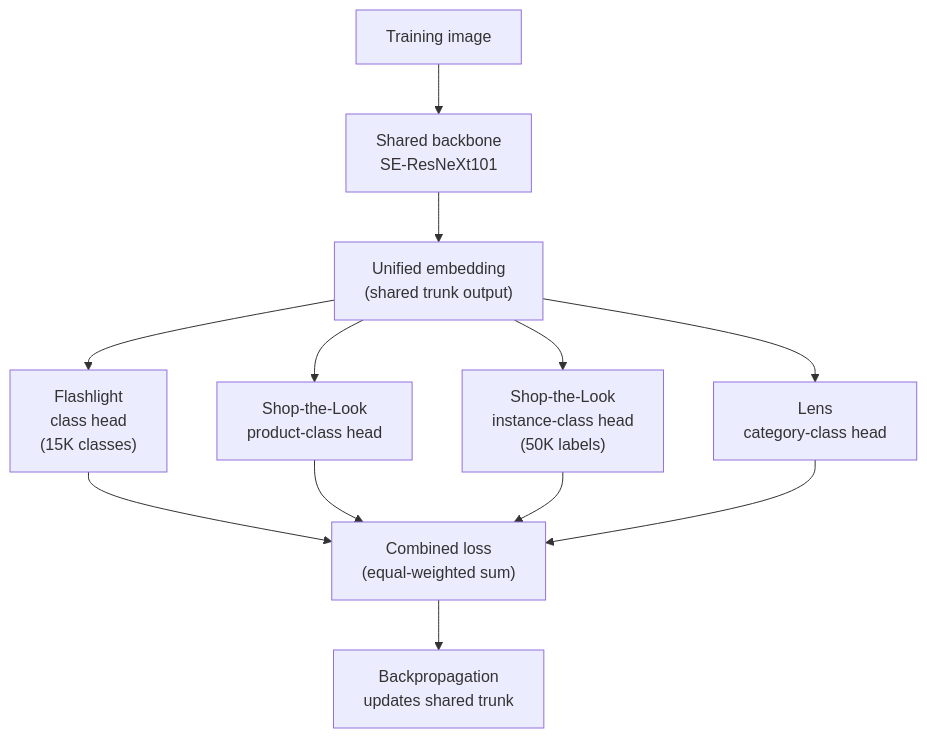
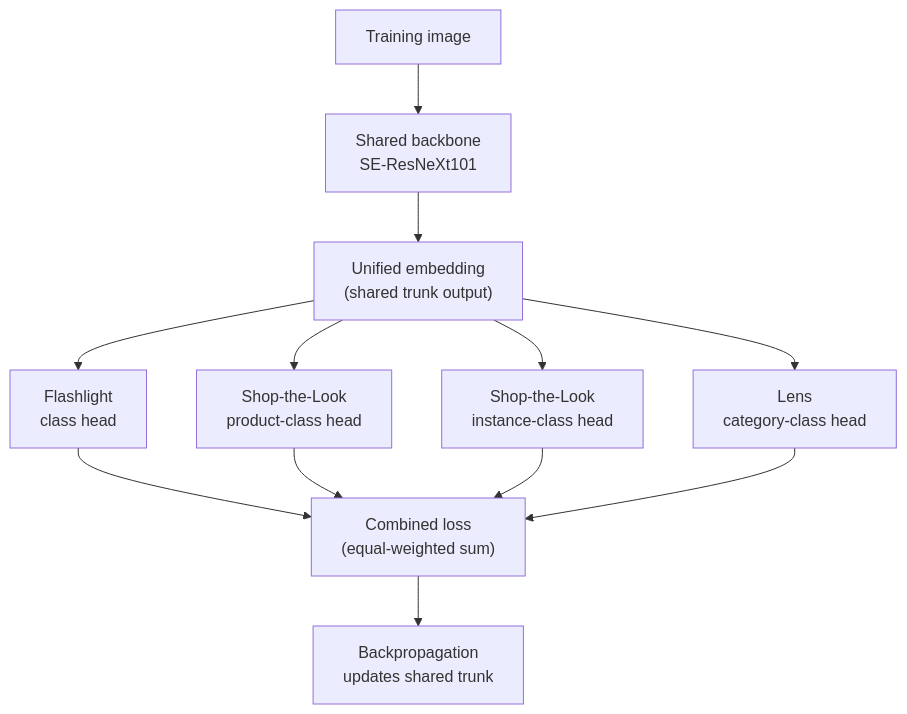
One commit to romancobblepot/AI-system-design-primer changed the third of 5 diagrams in case-studies/visual-search/README.md. Above: the diagram before and after it, drawn with Mermaid. The commit also changed other lines of this file and 49 other files, not shown here.

````diff
--- a/case-studies/visual-search/README.md
+++ b/case-studies/visual-search/README.md
@@ -139,14 +212,14 @@
 ```mermaid
 flowchart TD
     IMG["Training image"] --> BB["Shared backbone\nSE-ResNeXt101"]
     BB --> EMB["Unified embedding\n(shared trunk output)"]
-    EMB --> H1["Flashlight\nclass head\n(15K classes)"]
+    EMB --> H1["Flashlight\nclass head"]
     EMB --> H2["Shop-the-Look\nproduct-class head"]
-    EMB --> H3["Shop-the-Look\ninstance-class head\n(50K labels)"]
+    EMB --> H3["Shop-the-Look\ninstance-class head"]
     EMB --> H4["Lens\ncategory-class head"]
     H1 --> LOSS["Combined loss\n(equal-weighted sum)"]
     H2 --> LOSS
     H3 --> LOSS
     H4 --> LOSS
     LOSS --> BP["Backpropagation\nupdates shared trunk"]
 ```
````
